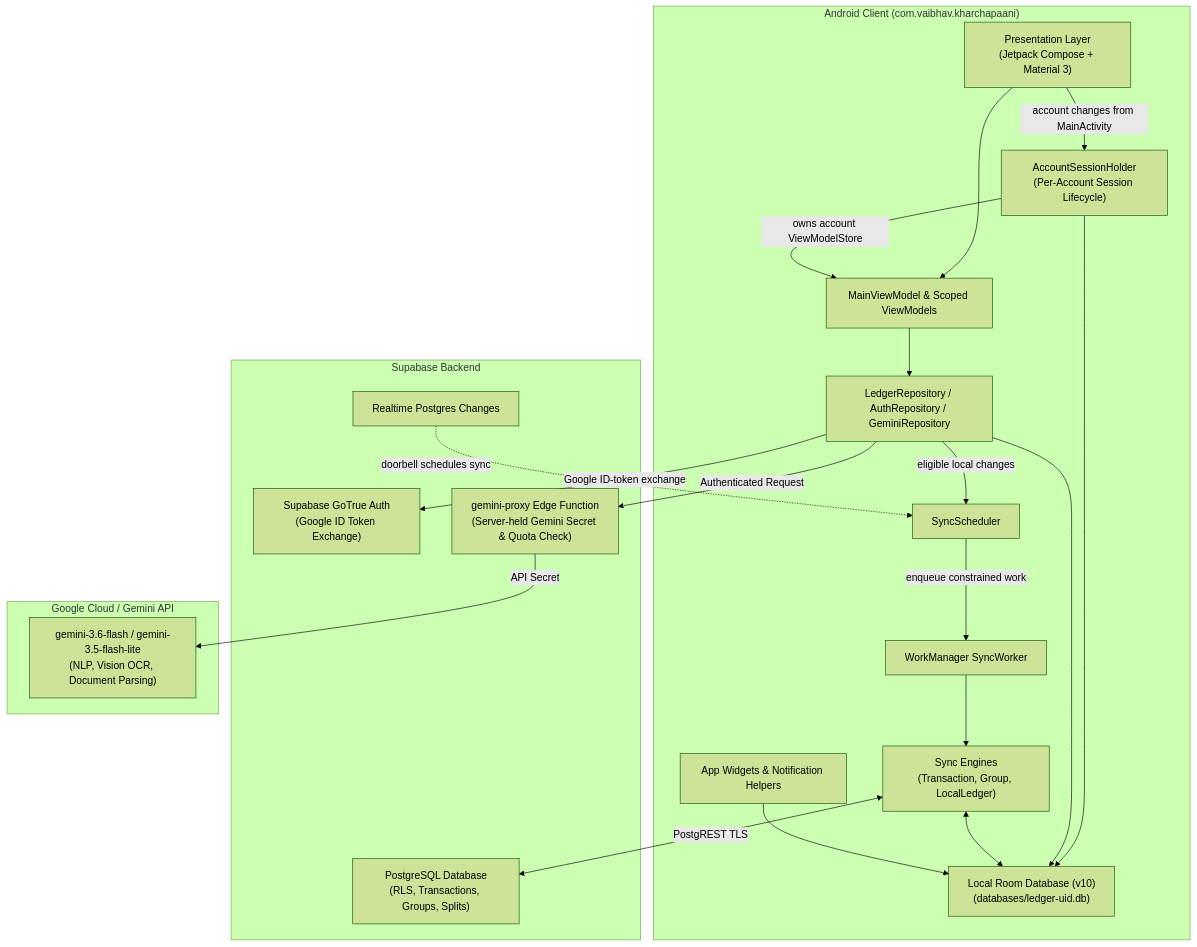
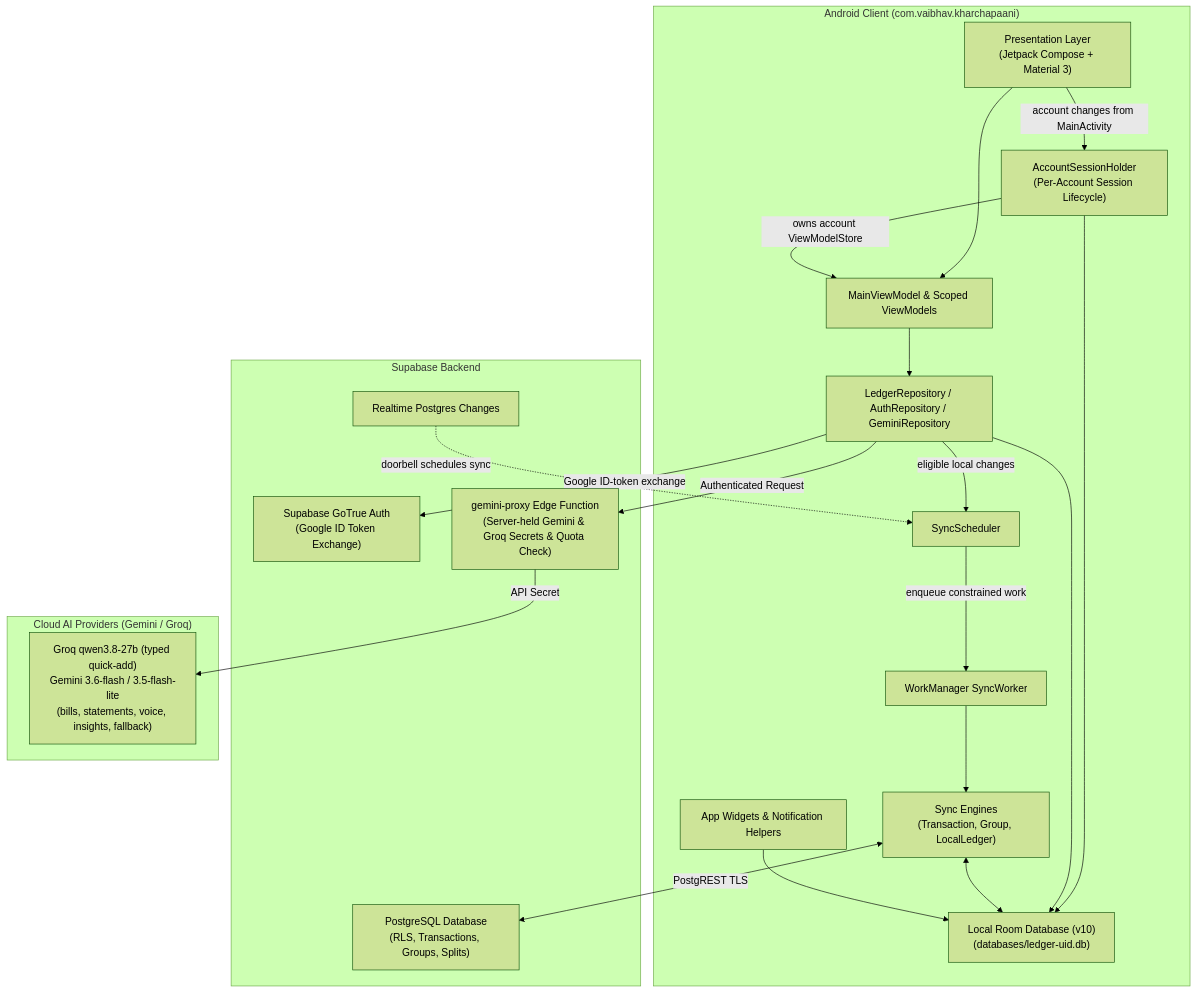
The first of 6 diagrams in docs/architecture.md (vaibhavcodesx/kharcha-paani), drawn with Mermaid (forest theme) before and after one commit. The commit also changed other lines of this file and 1 other file, not shown here.

Commit message:
[antigravity] 392: bring architecture map up to date

````diff
--- a/docs/architecture.md
+++ b/docs/architecture.md
@@ -13,42 +15,42 @@
 ```mermaid
 flowchart TD
     subgraph Client ["Android Client (com.vaibhav.kharchapaani)"]
         UI["Presentation Layer\n(Jetpack Compose + Material 3)"]
         VM["MainViewModel & Scoped ViewModels"]
         Session["AccountSessionHolder\n(Per-Account Session Lifecycle)"]
         Repo["LedgerRepository / AuthRepository / GeminiRepository"]
         Room["Local Room Database (v10)\n(databases/ledger-uid.db)"]
         SyncEngines["Sync Engines\n(Transaction, Group, LocalLedger)"]
         Scheduler["SyncScheduler"]
         Worker["WorkManager SyncWorker"]
         Widgets["App Widgets & Notification Helpers"]
     end
 
     subgraph SupabaseCloud ["Supabase Backend"]
         Auth["Supabase GoTrue Auth\n(Google ID Token Exchange)"]
         Postgres["PostgreSQL Database\n(RLS, Transactions, Groups, Splits)"]
         Realtime["Realtime Postgres Changes"]
-        Proxy["gemini-proxy Edge Function\n(Server-held Gemini Secret & Quota Check)"]
+        Proxy["gemini-proxy Edge Function\n(Server-held Gemini & Groq Secrets & Quota Check)"]
     end
 
-    subgraph GoogleAI ["Google Cloud / Gemini API"]
-        Gemini["gemini-3.6-flash / gemini-3.5-flash-lite\n(NLP, Vision OCR, Document Parsing)"]
+    subgraph GoogleAI ["Cloud AI Providers (Gemini / Groq)"]
+        Gemini["Groq qwen3.8-27b (typed quick-add)\nGemini 3.6-flash / 3.5-flash-lite\n(bills, statements, voice, insights, fallback)"]
     end
 
     UI --> VM
     UI -->|account changes from MainActivity| Session
     Session -->|owns account ViewModelStore| VM
     Session --> Room
     VM --> Repo
     Repo --> Room
     Repo -->|eligible local changes| Scheduler
     Scheduler -->|enqueue constrained work| Worker
     Worker --> SyncEngines
     SyncEngines <--> Room
     SyncEngines <-->|PostgREST TLS| Postgres
     Realtime -.->|doorbell schedules sync| Scheduler
     Repo -->|Google ID-token exchange| Auth
     Repo -->|Authenticated Request| Proxy
     Proxy -->|API Secret| Gemini
     Widgets --> Room
 ```
````
